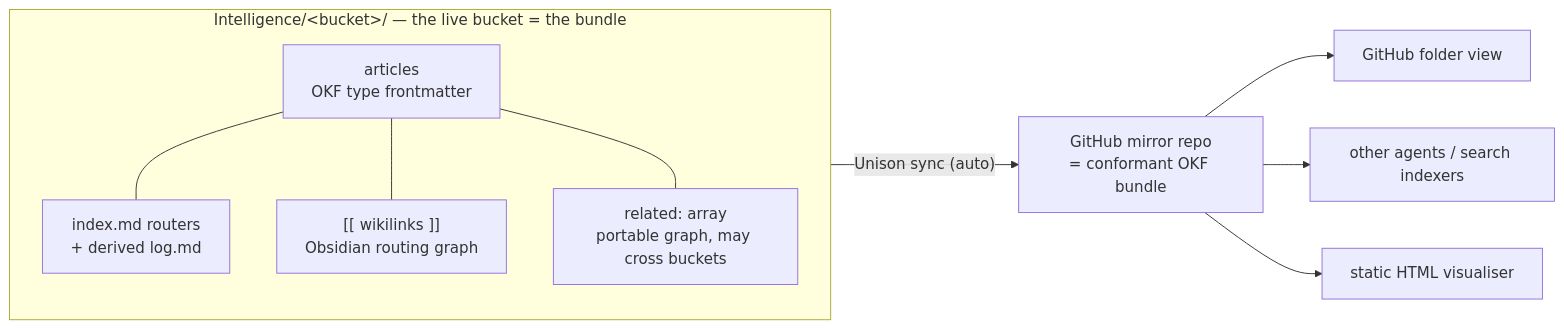
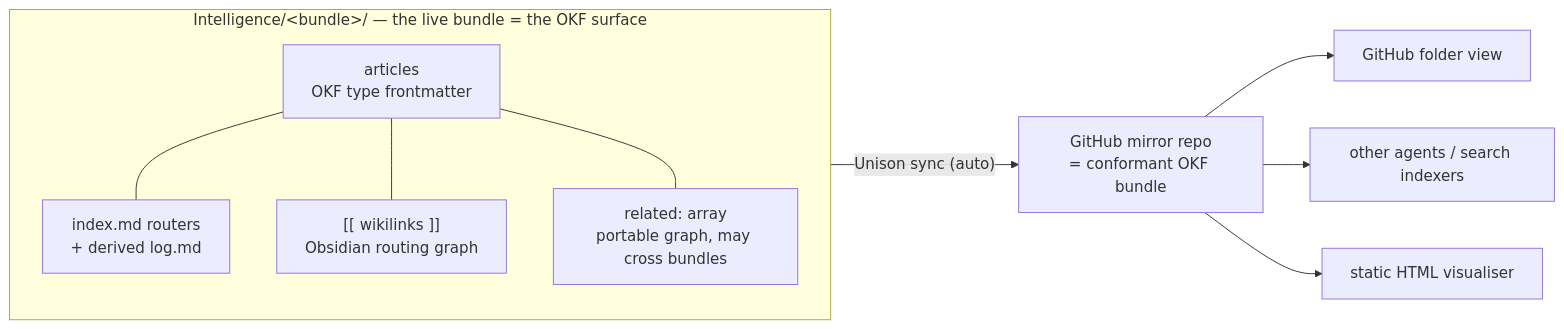
The fourth of 4 diagrams in README.md (mmanzini/agentic-knowledge-engine), drawn with Mermaid before and after one commit. The commit also changed other lines of this file, not shown here.

First line of the commit message:
docs: rename bucket → bundle in README (Unison-ignored, missed by sync)

````diff
--- a/README.md
+++ b/README.md
@@ -404,14 +404,14 @@
 ```mermaid
 flowchart LR
-    subgraph bucket ["Intelligence/&lt;bucket&gt;/ — the live bucket = the bundle"]
+    subgraph bundle ["Intelligence/&lt;bundle&gt;/ — the live bundle = the OKF surface"]
         direction TB
         A["articles<br/>OKF type frontmatter"]
         A --- I["index.md routers<br/>+ derived log.md"]
         A --- W["[[ wikilinks ]]<br/>Obsidian routing graph"]
-        A --- RL["related: array<br/>portable graph, may cross buckets"]
+        A --- RL["related: array<br/>portable graph, may cross bundles"]
     end
-    bucket -->|"Unison sync (auto)"| M["GitHub mirror repo<br/>= conformant OKF bundle"]
+    bundle -->|"Unison sync (auto)"| M["GitHub mirror repo<br/>= conformant OKF bundle"]
     M --> G["GitHub folder view"]
     M --> C["other agents / search indexers"]
     M --> H["static HTML visualiser"]
 ```
````
